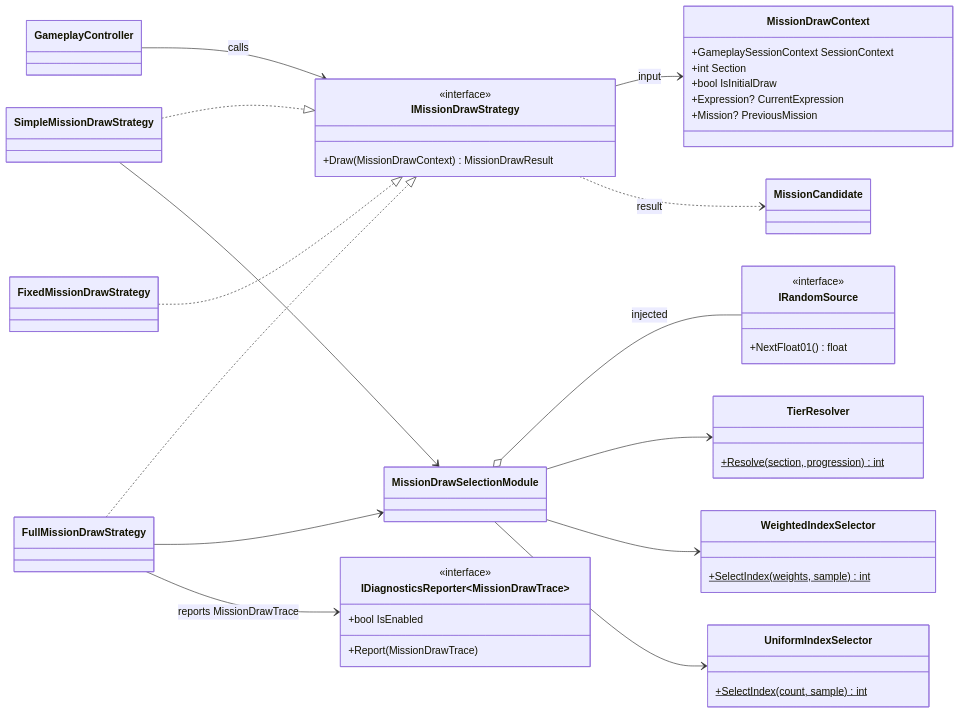
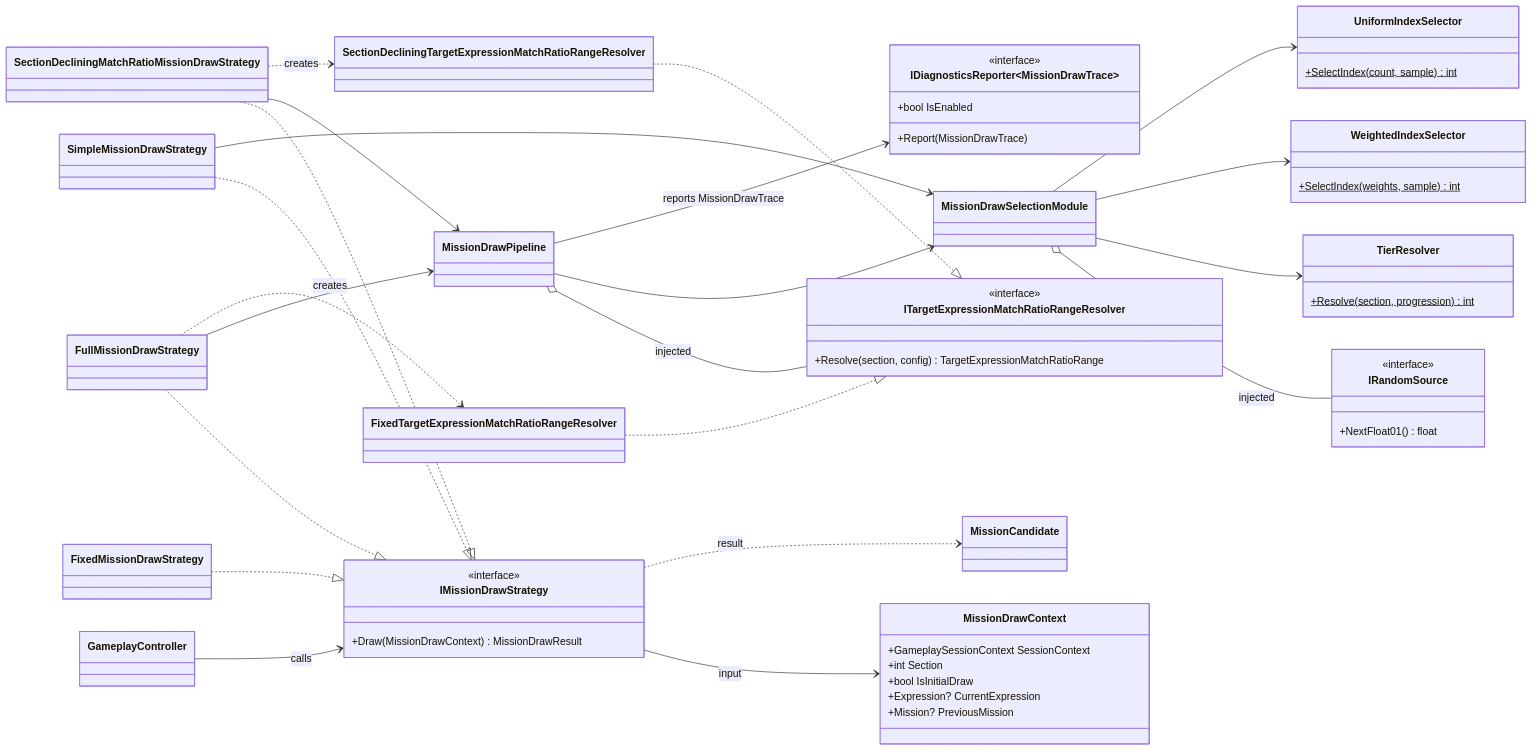
One commit to MicomProcedure/change-change-change changed the tenth of 13 diagrams in docs/architecture/core/core-logic-overview.md. Above: the diagram before and after it, drawn with Mermaid. The commit also changed other lines of this file and 9 other files, not shown here.

````diff
--- a/docs/architecture/core/core-logic-overview.md
+++ b/docs/architecture/core/core-logic-overview.md
@@ -402,54 +402,70 @@
 ```mermaid
 classDiagram
 direction LR
 
 class GameplayController
 class IMissionDrawStrategy {
   <<interface>>
   +Draw(MissionDrawContext) MissionDrawResult
 }
 class SimpleMissionDrawStrategy
 class FullMissionDrawStrategy
+class SectionDecliningMatchRatioMissionDrawStrategy
 class FixedMissionDrawStrategy
+class MissionDrawPipeline
 class MissionDrawSelectionModule
+class ITargetExpressionMatchRatioRangeResolver {
+  <<interface>>
+  +Resolve(section, config) TargetExpressionMatchRatioRange
+}
+class FixedTargetExpressionMatchRatioRangeResolver
+class SectionDecliningTargetExpressionMatchRatioRangeResolver
 class IDiagnosticsReporter~MissionDrawTrace~ {
   <<interface>>
   +bool IsEnabled
   +Report(MissionDrawTrace)
 }
 class IRandomSource {
   <<interface>>
   +NextFloat01() float
 }
 class TierResolver {
   +Resolve(section, progression)$ int
 }
 class WeightedIndexSelector {
   +SelectIndex(weights, sample)$ int
 }
 class UniformIndexSelector {
   +SelectIndex(count, sample)$ int
 }
 class MissionDrawContext {
   +GameplaySessionContext SessionContext
   +int Section
   +bool IsInitialDraw
   +Expression? CurrentExpression
   +Mission? PreviousMission
 }
 class MissionCandidate
 
 GameplayController --> IMissionDrawStrategy : calls
 SimpleMissionDrawStrategy ..|> IMissionDrawStrategy
 FullMissionDrawStrategy ..|> IMissionDrawStrategy
+SectionDecliningMatchRatioMissionDrawStrategy ..|> IMissionDrawStrategy
 FixedMissionDrawStrategy ..|> IMissionDrawStrategy
 SimpleMissionDrawStrategy --> MissionDrawSelectionModule
-FullMissionDrawStrategy --> MissionDrawSelectionModule
-FullMissionDrawStrategy --> IDiagnosticsReporter : reports MissionDrawTrace
+FullMissionDrawStrategy --> MissionDrawPipeline
+SectionDecliningMatchRatioMissionDrawStrategy --> MissionDrawPipeline
+FullMissionDrawStrategy ..> FixedTargetExpressionMatchRatioRangeResolver : creates
+SectionDecliningMatchRatioMissionDrawStrategy ..> SectionDecliningTargetExpressionMatchRatioRangeResolver : creates
+FixedTargetExpressionMatchRatioRangeResolver ..|> ITargetExpressionMatchRatioRangeResolver
+SectionDecliningTargetExpressionMatchRatioRangeResolver ..|> ITargetExpressionMatchRatioRangeResolver
+MissionDrawPipeline o-- ITargetExpressionMatchRatioRangeResolver : injected
+MissionDrawPipeline --> MissionDrawSelectionModule
+MissionDrawPipeline --> IDiagnosticsReporter : reports MissionDrawTrace
 MissionDrawSelectionModule o-- IRandomSource : injected
 MissionDrawSelectionModule --> TierResolver
 MissionDrawSelectionModule --> WeightedIndexSelector
 MissionDrawSelectionModule --> UniformIndexSelector
 IMissionDrawStrategy --> MissionDrawContext : input
 IMissionDrawStrategy ..> MissionCandidate : result
 ```
````
